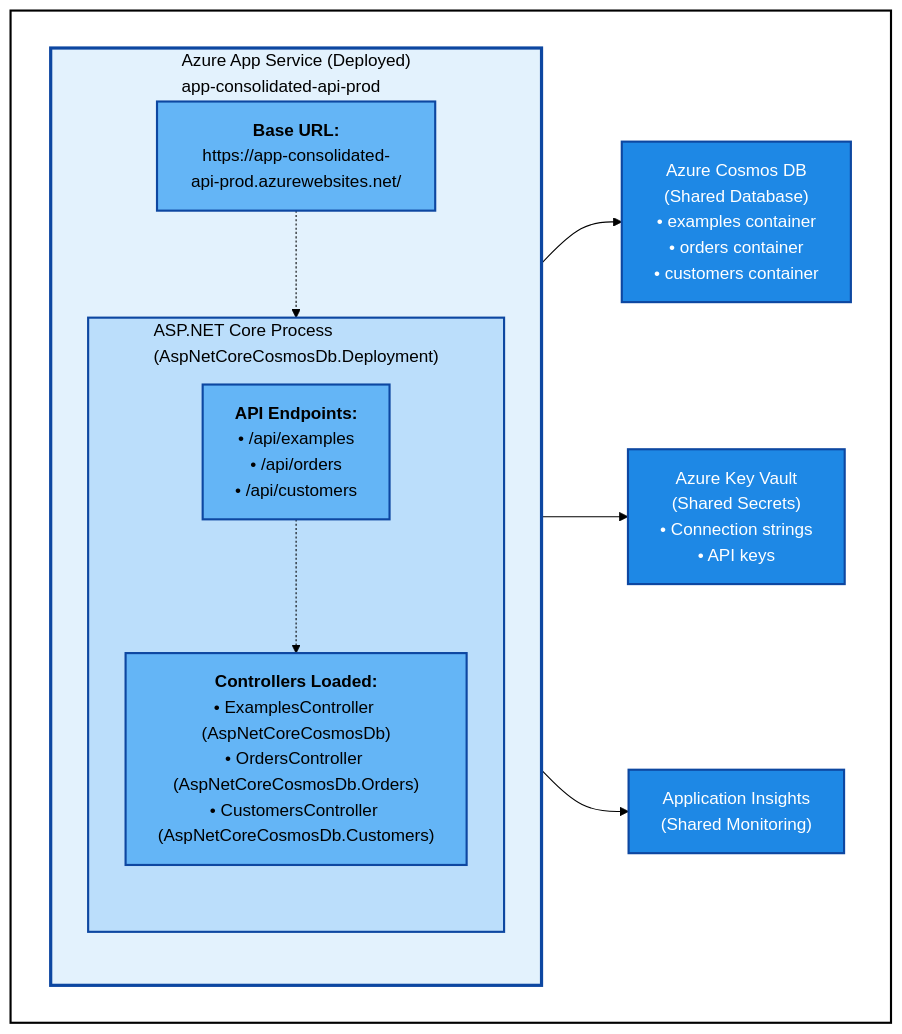
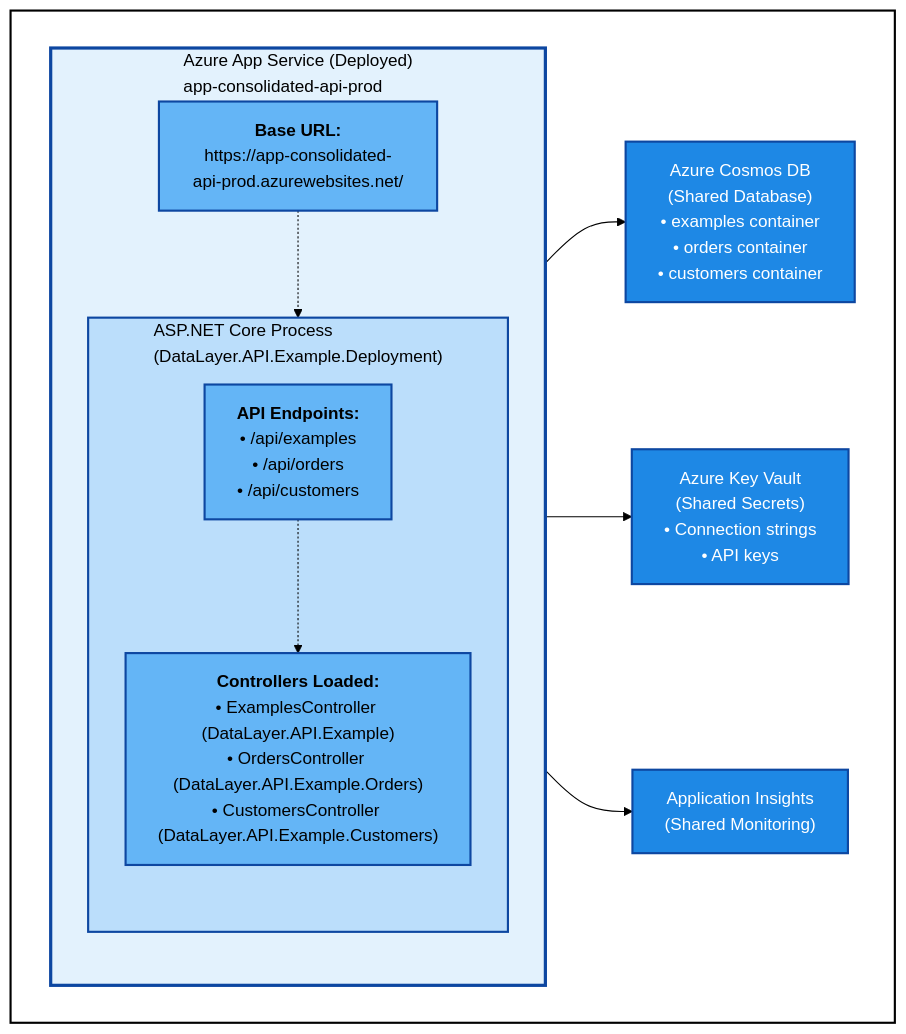
One commit to gtpdev-net/asp-net-core-cosmos-db changed the second of 2 diagrams in docs/consolidated-deployment-architecture.md. Above: the diagram before and after it, drawn with Mermaid. The commit also changed other lines of this file and 12 other files, not shown here.

````diff
--- a/docs/consolidated-deployment-architecture.md
+++ b/docs/consolidated-deployment-architecture.md
@@ -407,33 +407,33 @@
 ```mermaid
 %%{init: {'theme':'base', 'themeVariables': { 'primaryColor':'#fff','primaryBorderColor':'#000','lineColor':'#000'}}}%%
 graph TB
     subgraph Wrapper[" "]
         subgraph AppService["Azure App Service (Deployed)<br/>app-consolidated-api-prod"]
             direction TB
-            subgraph Process["ASP.NET Core Process<br/>(AspNetCoreCosmosDb.Deployment)"]
+            subgraph Process["ASP.NET Core Process<br/>(DataLayer.API.Example.Deployment)"]
                 direction TB
                 Endpoints["<b>API Endpoints:</b><br/>• /api/examples<br/>• /api/orders<br/>• /api/customers"]
-                Controllers["<b>Controllers Loaded:</b><br/>• ExamplesController (AspNetCoreCosmosDb)<br/>• OrdersController (AspNetCoreCosmosDb.Orders)<br/>• CustomersController (AspNetCoreCosmosDb.Customers)"]
+                Controllers["<b>Controllers Loaded:</b><br/>• ExamplesController (DataLayer.API.Example)<br/>• OrdersController (DataLayer.API.Example.Orders)<br/>• CustomersController (DataLayer.API.Example.Customers)"]
                 
                 Endpoints -.-> Controllers
             end
             
             URL["<b>Base URL:</b><br/>https://app-consolidated-api-prod.azurewebsites.net/"]
             URL -.-> Process
         end
         
         AppService --> CosmosDB["Azure Cosmos DB<br/>(Shared Database)<br/>• examples container<br/>• orders container<br/>• customers container"]
         AppService --> KeyVault["Azure Key Vault<br/>(Shared Secrets)<br/>• Connection strings<br/>• API keys"]
         AppService --> AppInsights["Application Insights<br/>(Shared Monitoring)"]
     end
     
     style Wrapper fill:#fff,stroke:#000,stroke-width:2px
     style AppService fill:#E3F2FD,stroke:#0D47A1,stroke-width:3px,color:#000
     style Process fill:#BBDEFB,stroke:#0D47A1,stroke-width:2px,color:#000
     style Endpoints fill:#64B5F6,stroke:#0D47A1,stroke-width:2px,color:#000
     style Controllers fill:#64B5F6,stroke:#0D47A1,stroke-width:2px,color:#000
     style URL fill:#64B5F6,stroke:#0D47A1,stroke-width:2px,color:#000
     style CosmosDB fill:#1E88E5,stroke:#0D47A1,stroke-width:2px,color:#fff
     style KeyVault fill:#1E88E5,stroke:#0D47A1,stroke-width:2px,color:#fff
     style AppInsights fill:#1E88E5,stroke:#0D47A1,stroke-width:2px,color:#fff
 ```
````
